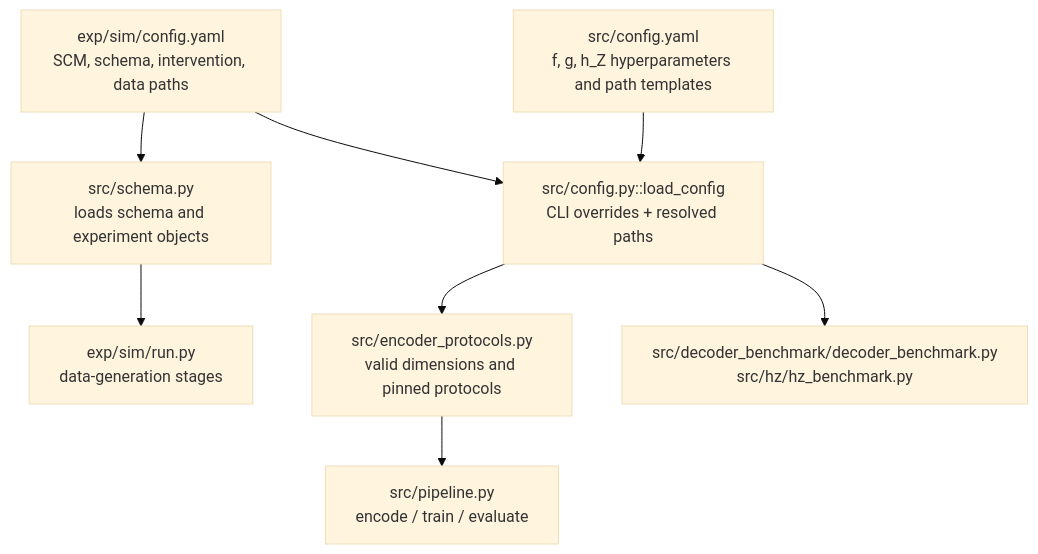
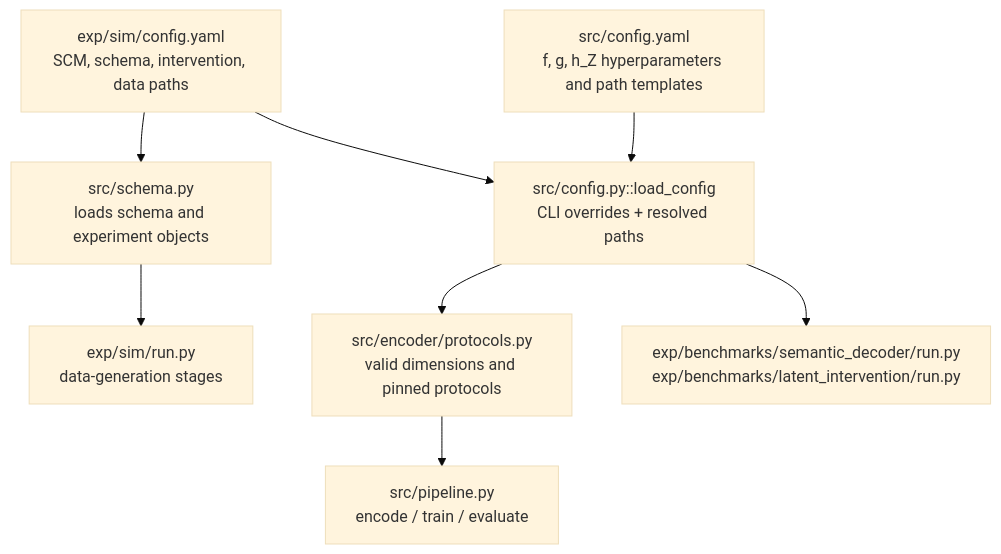
The second of 8 diagrams in docs/codebase_guide.md (kestelnadomu/latent_intervention), drawn with Mermaid (base theme) before and after one commit. The commit also changed other lines of this file and 99 other files, not shown here.

````diff
--- a/docs/codebase_guide.md
+++ b/docs/codebase_guide.md
@@ -24,16 +24,16 @@
 ```mermaid
 flowchart TB
     SIMCFG[exp/sim/config.yaml<br/>SCM, schema, intervention, data paths]
     MODELCFG[src/config.yaml<br/>f, g, h_Z hyperparameters and path templates]
     SCHEMA[src/schema.py<br/>loads schema and experiment objects]
     LOAD[src/config.py::load_config<br/>CLI overrides + resolved paths]
-    PROTO[src/encoder_protocols.py<br/>valid dimensions and pinned protocols]
+    PROTO[src/encoder/protocols.py<br/>valid dimensions and pinned protocols]
     GEN[exp/sim/run.py<br/>data-generation stages]
     PIPE[src/pipeline.py<br/>encode / train / evaluate]
-    BENCH[src/decoder_benchmark/decoder_benchmark.py<br/>src/hz/hz_benchmark.py]
+    BENCH[exp/benchmarks/semantic_decoder/run.py<br/>exp/benchmarks/latent_intervention/run.py]
 
     SIMCFG --> SCHEMA --> GEN
     SIMCFG --> LOAD
     MODELCFG --> LOAD --> PROTO --> PIPE
     LOAD --> BENCH
 ```
````
